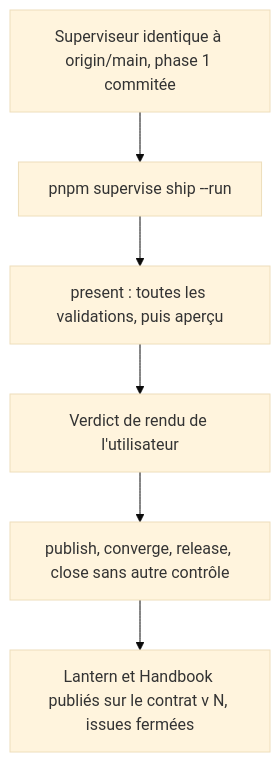
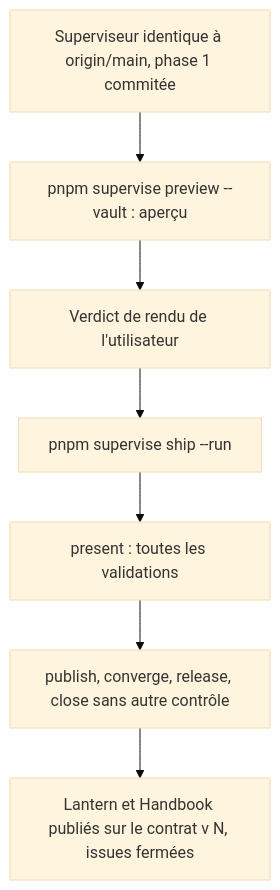
Before and after one commit to RebelliousSmile/obsidian-handbook: the first of 2 diagrams in aidd_docs/tasks/2026_10/2026_10_10_adrenaline-cartes-et-fiche-pj/phase-2.md, drawn with Mermaid (base theme). The commit also changed other lines of this file and 4 other files, not shown here.

````diff
--- a/aidd_docs/tasks/2026_10/2026_10_10_adrenaline-cartes-et-fiche-pj/phase-2.md
+++ b/aidd_docs/tasks/2026_10/2026_10_10_adrenaline-cartes-et-fiche-pj/phase-2.md
@@ -24,8 +24,9 @@
 ```mermaid
 flowchart TD
-  A[Superviseur identique à origin/main, phase 1 commitée] --> B[pnpm supervise ship --run]
-  B --> C[present : toutes les validations, puis aperçu]
-  C --> D[Verdict de rendu de l'utilisateur]
-  D --> E[publish, converge, release, close sans autre contrôle]
+  A[Superviseur identique à origin/main, phase 1 commitée] --> P[pnpm supervise preview --vault : aperçu]
+  P --> D[Verdict de rendu de l'utilisateur]
+  D --> B[pnpm supervise ship --run]
+  B --> C[present : toutes les validations]
+  C --> E[publish, converge, release, close sans autre contrôle]
   E --> F[Lantern et Handbook publiés sur le contrat v N, issues fermées]
 ```
````
